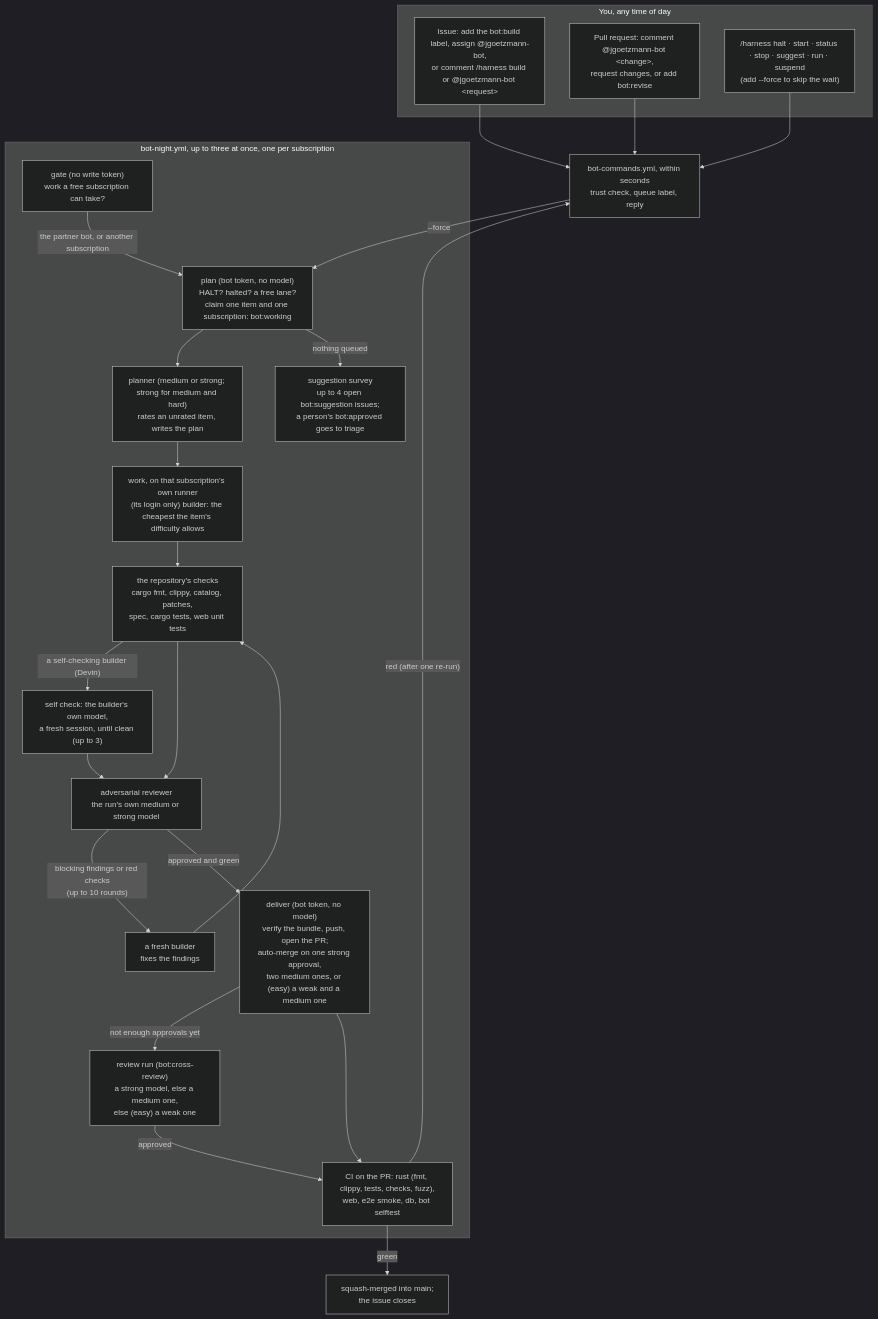
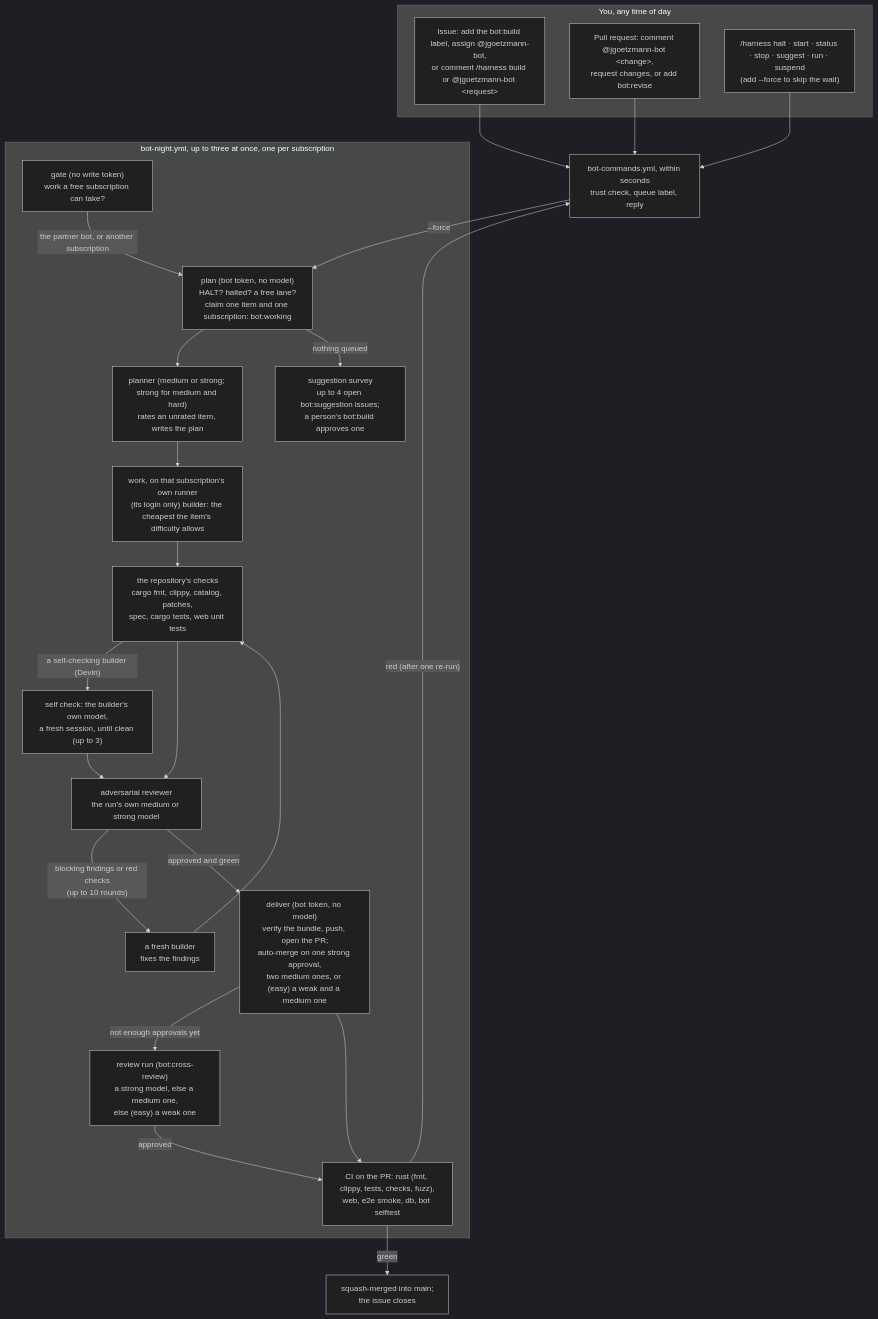
The diagram in bot/README.md (Jlore-Studios/JackiOh), drawn with Mermaid (dark theme) before and after one commit. The commit also changed other lines of this file and 28 other files, not shown here.

First line of the commit message:
Night bot: one label per handoff, triage without a model, no dead labels (#664)

````diff
--- a/bot/README.md
+++ b/bot/README.md
@@ -29,33 +29,33 @@
 ```mermaid
 flowchart TD
   subgraph you["You, any time of day"]
     I["Issue: add the bot:build label, assign @jgoetzmann-bot,<br/>or comment /harness build or @jgoetzmann-bot &lt;request&gt;"]
     P["Pull request: comment @jgoetzmann-bot &lt;change&gt;,<br/>request changes, or add bot:revise"]
     K["/harness halt · start · status · stop · suggest · run · suspend<br/>(add --force to skip the wait)"]
   end
   I --> E
   P --> E
   K --> E
   E["bot-commands.yml, within seconds<br/>trust check, queue label, reply"]
   E -- "--force" --> PL
   subgraph night["bot-night.yml, up to three at once, one per subscription"]
     GA["gate (no write token)<br/>work a free subscription can take?"]
     GA -- "the partner bot, or another subscription" --> PL
     PL["plan (bot token, no model)<br/>HALT? halted? a free lane?<br/>claim one item and one subscription: bot:working"]
     PL --> PN["planner (medium or strong; strong for medium and hard)<br/>rates an unrated item, writes the plan"]
     PN --> B["work, on that subscription's own runner<br/>(its login only) builder: the cheapest the item's difficulty allows"]
     B --> G["the repository's checks<br/>cargo fmt, clippy, catalog, patches,<br/>spec, cargo tests, web unit tests"]
     G -- "a self-checking builder (Devin)" --> SC["self check: the builder's own model,<br/>a fresh session, until clean (up to 3)"]
     SC --> R
     G --> R["adversarial reviewer<br/>the run's own medium or strong model"]
     R -- "blocking findings or red checks<br/>(up to 10 rounds)" --> F["a fresh builder<br/>fixes the findings"]
     F --> G
     R -- "approved and green" --> D["deliver (bot token, no model)<br/>verify the bundle, push, open the PR;<br/>auto-merge on one strong approval,<br/>two medium ones, or (easy) a weak and a medium one"]
     D -- "not enough approvals yet" --> X["review run (bot:cross-review)<br/>a strong model, else a medium one,<br/>else (easy) a weak one"]
     X -- "approved" --> CI
-    PL -- "nothing queued" --> S["suggestion survey<br/>up to 4 open bot:suggestion issues;<br/>a person's bot:approved goes to triage"]
+    PL -- "nothing queued" --> S["suggestion survey<br/>up to 4 open bot:suggestion issues;<br/>a person's bot:build approves one"]
   end
   D --> CI["CI on the PR: rust (fmt, clippy, tests, checks, fuzz),<br/>web, e2e smoke, db, bot selftest"]
   CI -- "green" --> M["squash-merged into main;<br/>the issue closes"]
   CI -- "red (after one re-run)" --> E
 ```
````
